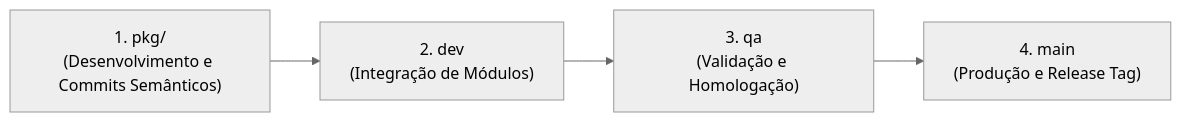
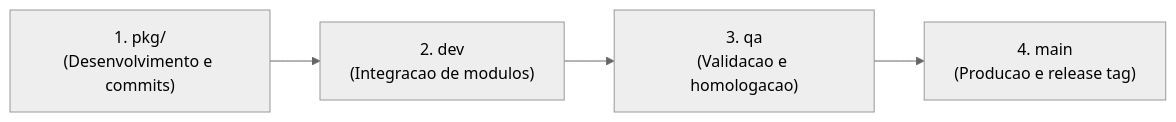
One commit to danielharrisonlf/clinicflow changed the second of 2 diagrams in docs/GIT_FLOW.md. Above: the diagram before and after it, drawn with Mermaid (neutral theme). The commit also changed other lines of this file and 3 other files, not shown here.

Commit message:
docs(repo): humanize readme and git flow and clean schema comments

````diff
--- a/docs/GIT_FLOW.md
+++ b/docs/GIT_FLOW.md
@@ -52,6 +46,6 @@
 ```mermaid
 flowchart LR
-    A["1. pkg/<modulo>\n(Desenvolvimento e Commits Semânticos)"] --> B["2. dev\n(Integração de Módulos)"]
-    B --> C["3. qa\n(Validação e Homologação)"]
-    C --> D["4. main\n(Produção e Release Tag)"]
+    A["1. pkg/<modulo>\n(Desenvolvimento e commits)"] --> B["2. dev\n(Integracao de modulos)"]
+    B --> C["3. qa\n(Validacao e homologacao)"]
+    C --> D["4. main\n(Producao e release tag)"]
 ```
````
